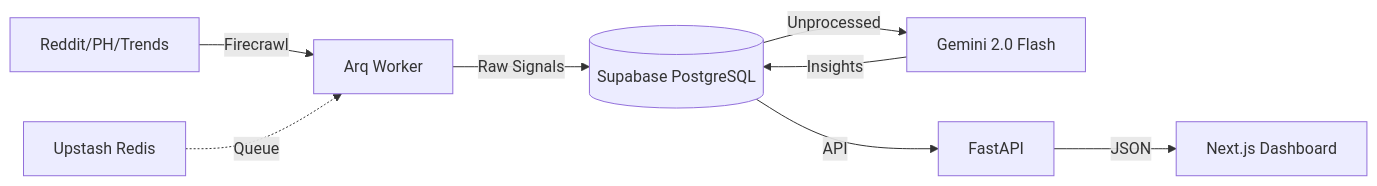
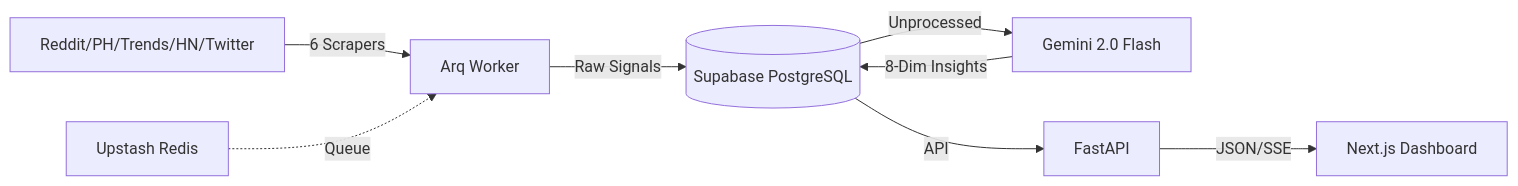
One commit to Ascentia-Sandbox/StartInsight changed the diagram in README.md. Above: the diagram before and after it, drawn with Mermaid. The commit also changed other lines of this file and 120 other files, not shown here.

````diff
--- a/README.md
+++ b/README.md
@@ -74,10 +95,10 @@
 ```mermaid
 graph LR
-    A[Reddit/PH/Trends] -->|Firecrawl| B[Arq Worker]
+    A[Reddit/PH/Trends/HN/Twitter] -->|6 Scrapers| B[Arq Worker]
     B -->|Raw Signals| C[(Supabase PostgreSQL)]
     C -->|Unprocessed| D[Gemini 2.0 Flash]
-    D -->|Insights| C
+    D -->|8-Dim Insights| C
     C -->|API| E[FastAPI]
-    E -->|JSON| F[Next.js Dashboard]
+    E -->|JSON/SSE| F[Next.js Dashboard]
     G[Upstash Redis] -.->|Queue| B
 ```
````
